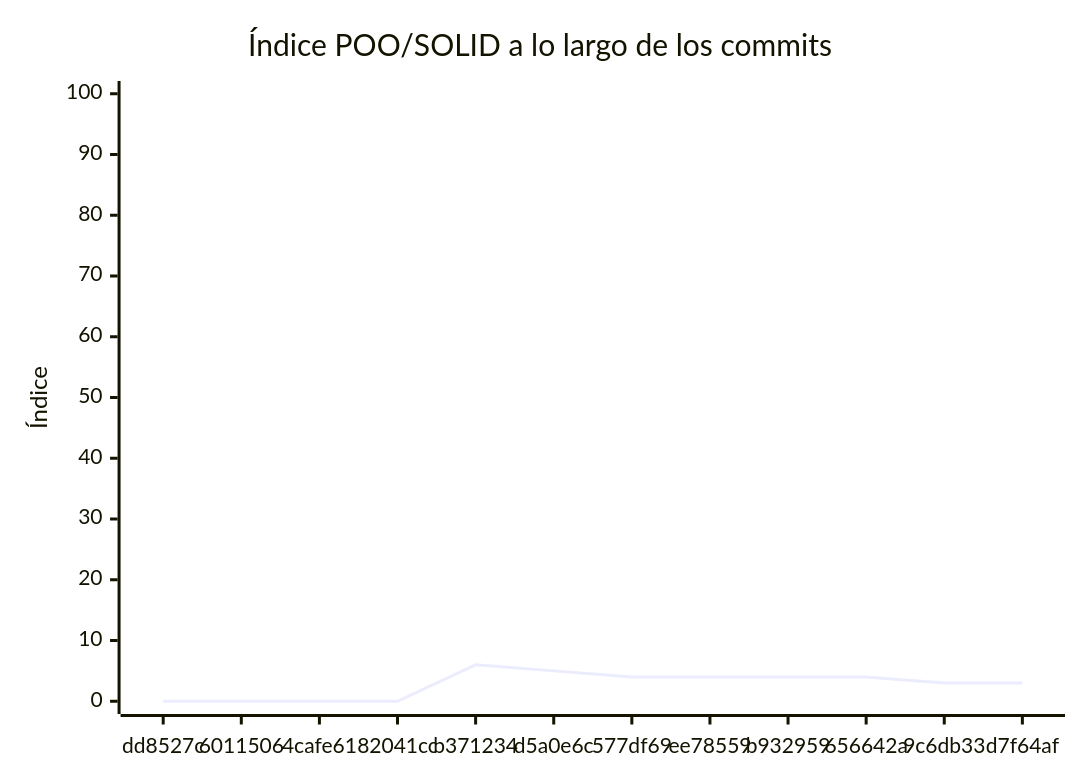
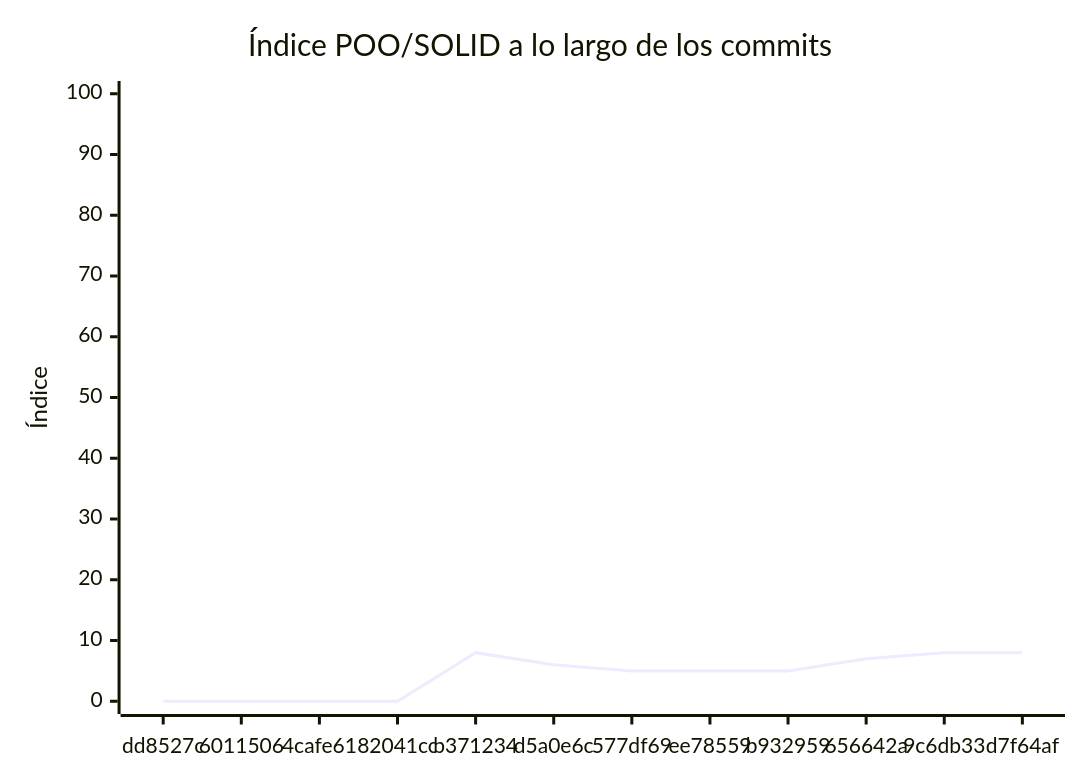
Before and after one commit to organizacion-sonica/proyecto-fisica: the diagram in docs/EVALUACION.md, drawn with Mermaid. The commit also changed other lines of this file and 1 other file, not shown here.

````diff
--- a/docs/EVALUACION.md
+++ b/docs/EVALUACION.md
@@ -246,7 +223,7 @@
 ```mermaid
 xychart-beta
     title "Índice POO/SOLID a lo largo de los commits"
     x-axis ["dd8527c", "6011506", "4cafe61", "82041cc", "b371234", "d5a0e6c", "577df69", "ee78559", "b932959", "656642a", "9c6db33", "d7f64af"]
     y-axis "Índice" 0 --> 100
-    line [0, 0, 0, 0, 6, 5, 4, 4, 4, 4, 3, 3]
+    line [0, 0, 0, 0, 8, 6, 5, 5, 5, 7, 8, 8]
 ```
````
